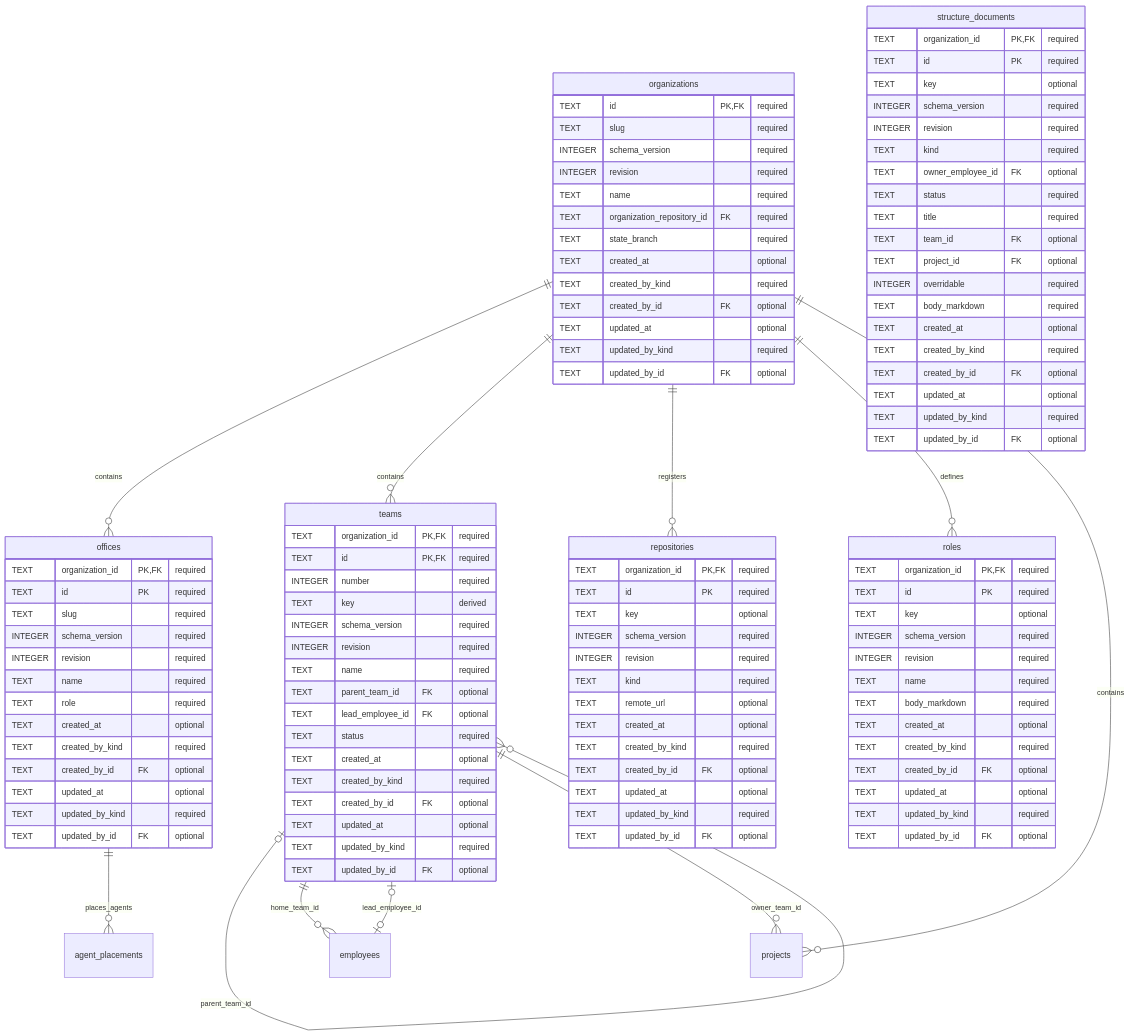
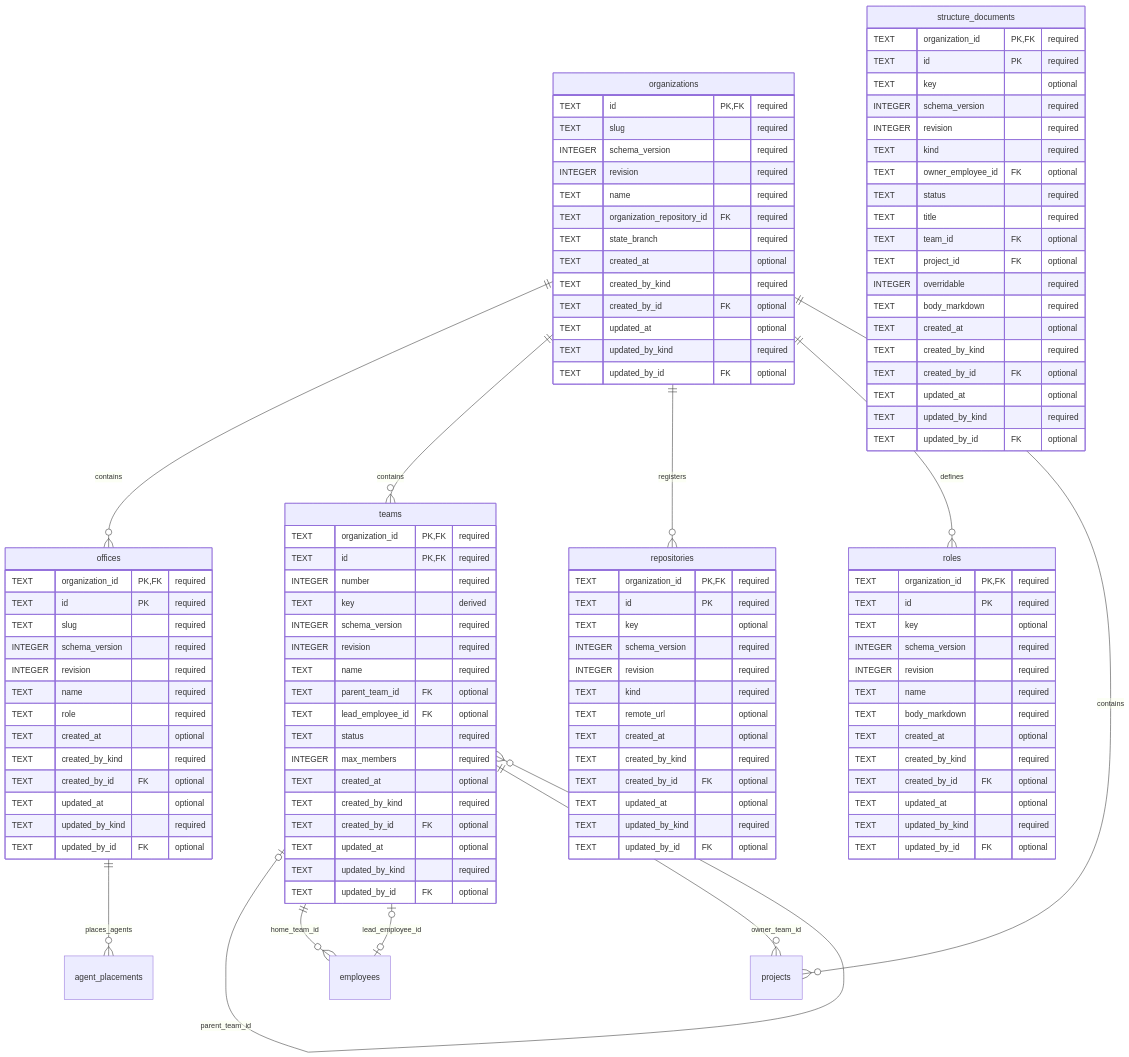
One commit to vgmello/agentic-org changed the diagram in docs/design/organization-data/01-organization-structure.md. Above: the diagram before and after it, drawn with Mermaid. The commit also changed other lines of this file and 17 other files, not shown here.

```diff
--- a/docs/design/organization-data/01-organization-structure.md
+++ b/docs/design/organization-data/01-organization-structure.md
@@ -74,6 +74,7 @@
         TEXT parent_team_id FK "optional"
         TEXT lead_employee_id FK "optional"
         TEXT status "required"
+        INTEGER max_members "required"
         TEXT created_at "optional"
         TEXT created_by_kind "required"
         TEXT created_by_id FK "optional"
```
